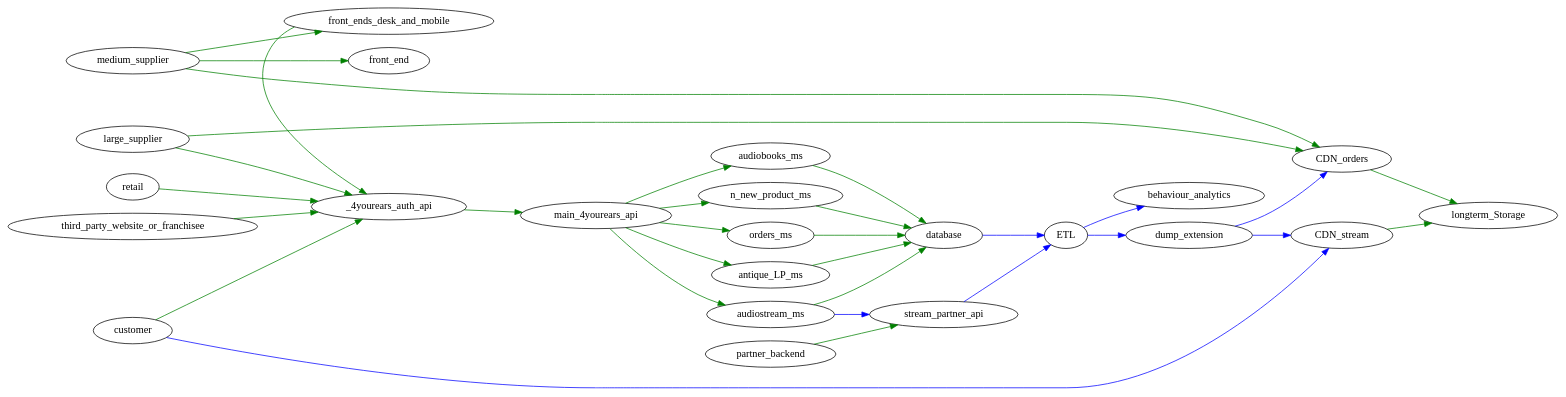
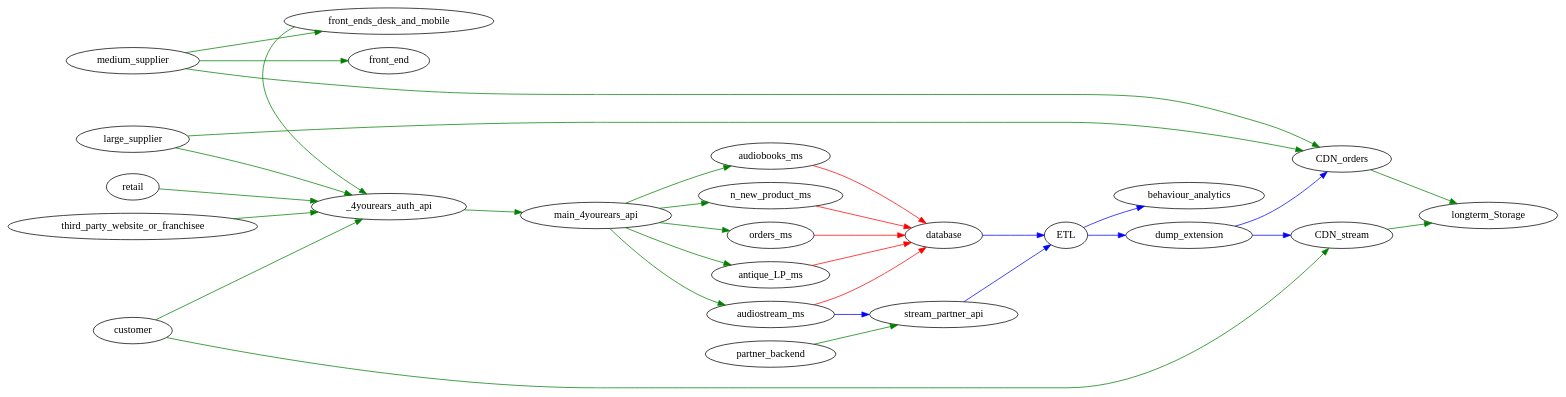
The diagram in diagrams/mt-challenge-solution/mt-logical-architecture.dot (manilabay/dot-graphviz), drawn with Graphviz before and after one commit.

Commit message:
adding mt logical architecture updated

```diff
--- a/diagrams/mt-challenge-solution/mt-logical-architecture.dot
+++ b/diagrams/mt-challenge-solution/mt-logical-architecture.dot
@@ -1,46 +1,46 @@
 
 digraph architecture {
   rankdir=LR;
 
   subgraph client_side_apps {
       front_ends_desk_and_mobile -> {_4yourears_auth_api} [color="green"];
       customer -> {_4yourears_auth_api} [color="green"];
       retail -> {_4yourears_auth_api} [color="green"];
       _4yourears_auth_api -> {main_4yourears_api} [color="green"];
       medium_supplier -> {front_end, front_ends_desk_and_mobile} [color="green"];
       large_supplier -> {_4yourears_auth_api} [color="green"];
       partner_backend -> {stream_partner_api} [color="green"];
       third_party_website_or_franchisee -> {_4yourears_auth_api} [color="green"];
 
       {rank=same; front_end, front_ends_desk_and_mobile, _4yourears_auth_api} [color="green"];
   }
 
   subgraph api_gateways {
       main_4yourears_api -> {antique_LP_ms, audiobooks_ms, audiostream_ms, n_new_product_ms, orders_ms} [color="green"];
   }
 
   subgraph microservices {
-      orders_ms -> {database} [color="green"];
-      antique_LP_ms -> {database} [color="green"];
-      audiobooks_ms -> {database} [color="green"];
-      n_new_product_ms -> {database} [color="green"];
-      audiostream_ms -> {database} [color="green"];
+      orders_ms -> {database} [color="red"];
+      antique_LP_ms -> {database} [color="red"];
+      audiobooks_ms -> {database} [color="red"];
+      n_new_product_ms -> {database} [color="red"];
+      audiostream_ms -> {database} [color="red"];
       audiostream_ms -> {stream_partner_api} [color="blue"];
 
       dump_extension -> {CDN_orders} [color="blue"];
       dump_extension -> {CDN_stream} [color="blue"];
 
       database -> {ETL} [color="blue"];
       ETL -> behaviour_analytics [color="blue"];
       stream_partner_api -> {ETL} [color="blue"];
       ETL -> dump_extension [color="blue"];
 
-      customer -> {CDN_stream} [color="blue"];
+      customer -> {CDN_stream} [color="green"];
       medium_supplier -> {CDN_orders} [color="green"];
       large_supplier -> {CDN_orders} [color="green"];
 
       CDN_orders -> {longterm_Storage} [color="green"];
       CDN_stream -> {longterm_Storage} [color="green"];
 
   }
 }
```
